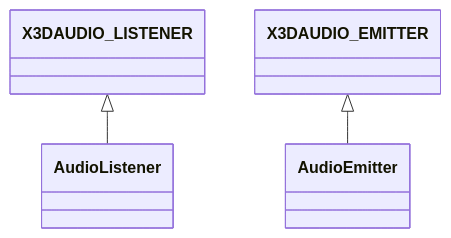
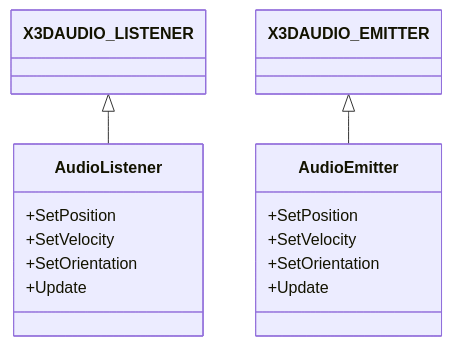
Before and after one commit to neogrammer/Wiki: the second of 2 diagrams in Audio.md, drawn with Mermaid.

Commit message:
Updated Audio (markdown)

````diff
--- a/Audio.md
+++ b/Audio.md
@@ -75,9 +75,19 @@
 ```mermaid
 classDiagram
-class AudioListener
+class AudioListener{
++SetPosition
++SetVelocity
++SetOrientation
++Update
+}
 class X3DAUDIO_LISTENER
-class AudioEmitter
+class AudioEmitter{
++SetPosition
++SetVelocity
++SetOrientation
++Update
+}
 class X3DAUDIO_EMITTER
 X3DAUDIO_LISTENER <|-- AudioListener
 X3DAUDIO_EMITTER <|-- AudioEmitter
 ```
````
